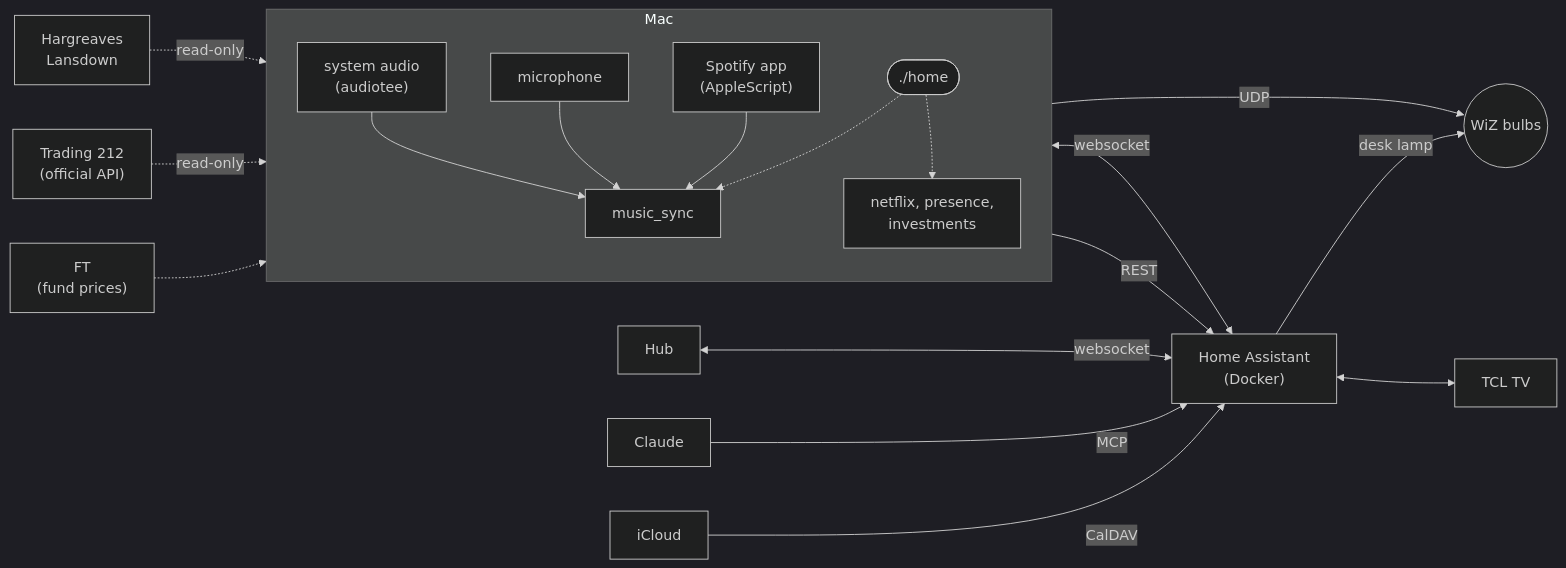
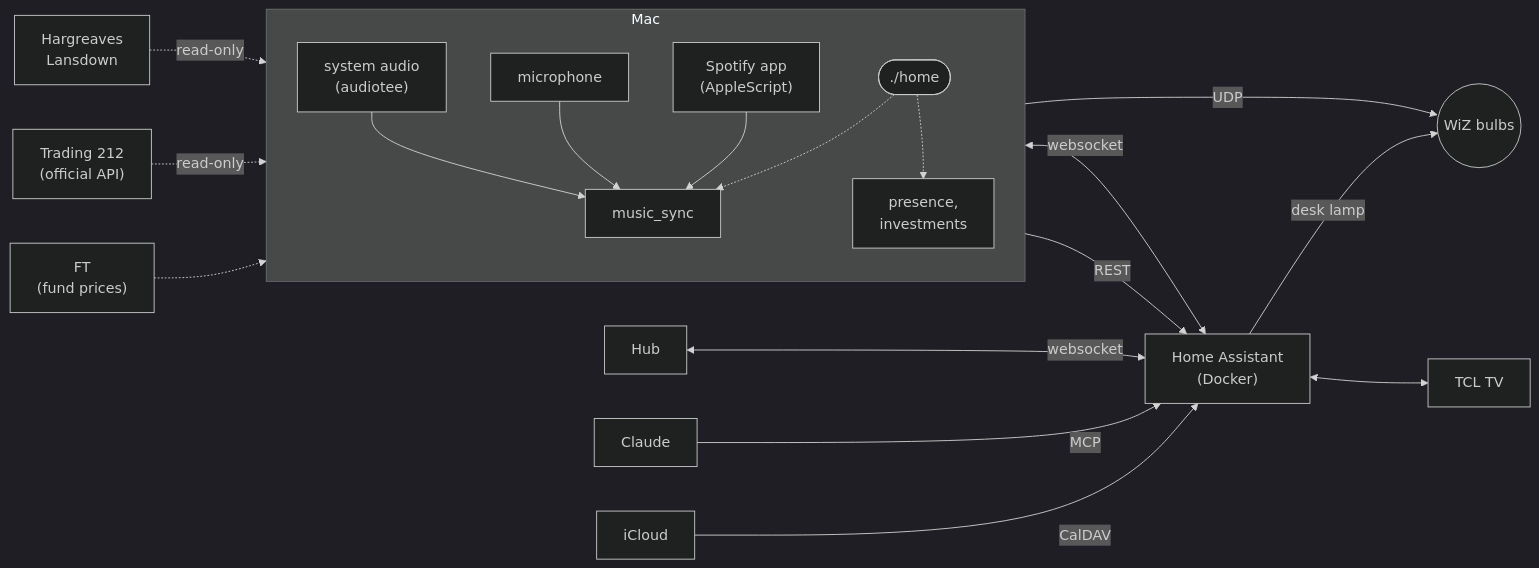
Before and after one commit to sidharrth2002/home-automation: the diagram in README.md, drawn with Mermaid (dark theme). The commit also changed other lines of this file and 7 other files, not shown here.

````diff
--- a/README.md
+++ b/README.md
@@ -44,38 +45,38 @@
 ```mermaid
 flowchart LR
     subgraph Mac
         direction TB
         audio["system audio<br/>(audiotee)"]
         mic["microphone"]
         spotify["Spotify app<br/>(AppleScript)"]
         sync["music_sync"]
-        side["netflix, presence,<br/>investments"]
+        side["presence,<br/>investments"]
         sup(["./home"])
         audio --> sync
         mic --> sync
         spotify --> sync
         sup -.-> sync & side
     end
 
     ha["Home Assistant<br/>(Docker)"]
     bulbs(("WiZ bulbs"))
     tv["TCL TV"]
     hub["Hub"]
     claude["Claude"]
     icloud["iCloud"]
     hl["Hargreaves<br/>Lansdown"]
     t212["Trading 212<br/>(official API)"]
     ft["FT<br/>(fund prices)"]
 
     sync -- UDP --> bulbs
     sync <-- websocket --> ha
     side -- REST --> ha
     hl -. read-only .-> side
     t212 -. read-only .-> side
     ft -.-> side
     ha -- desk lamp --> bulbs
     ha <--> tv
     icloud -- CalDAV --> ha
     hub <-- websocket --> ha
     claude -- MCP --> ha
 ```
````
